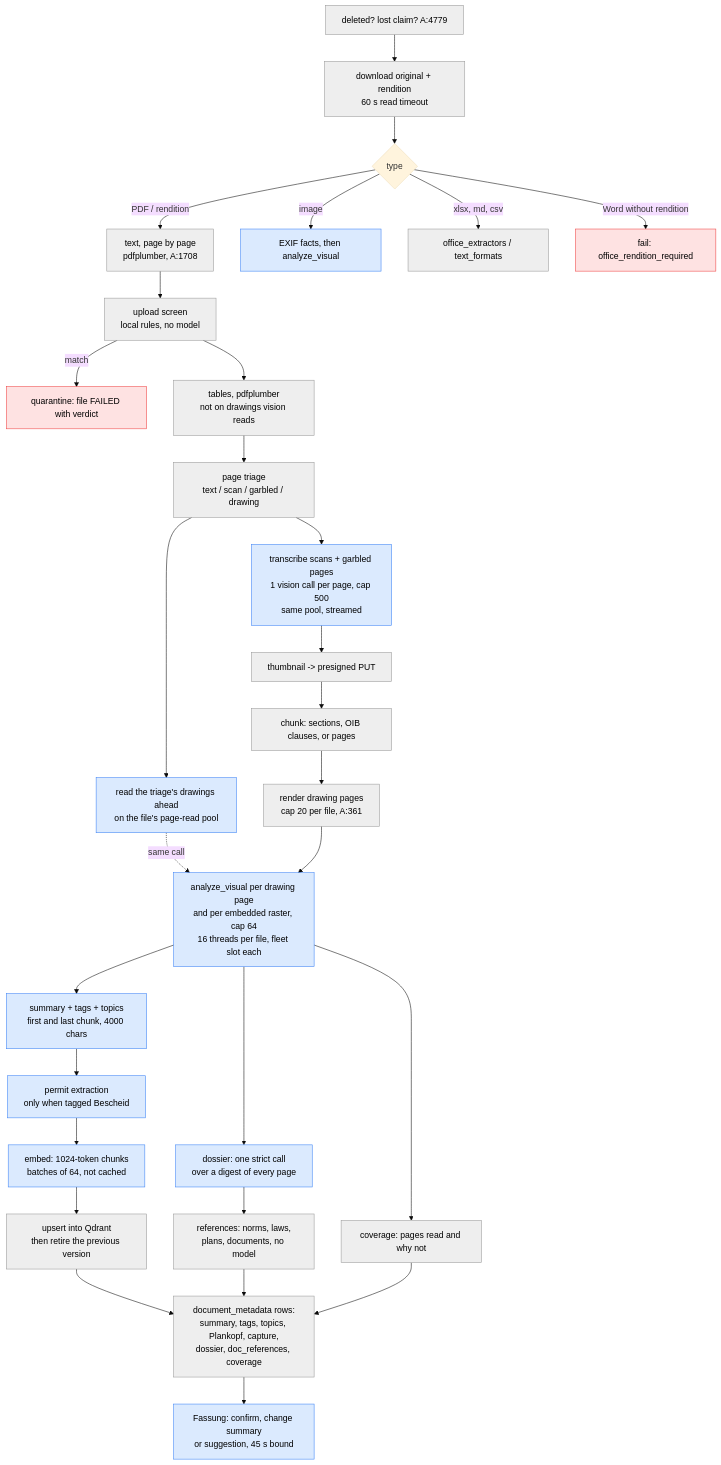
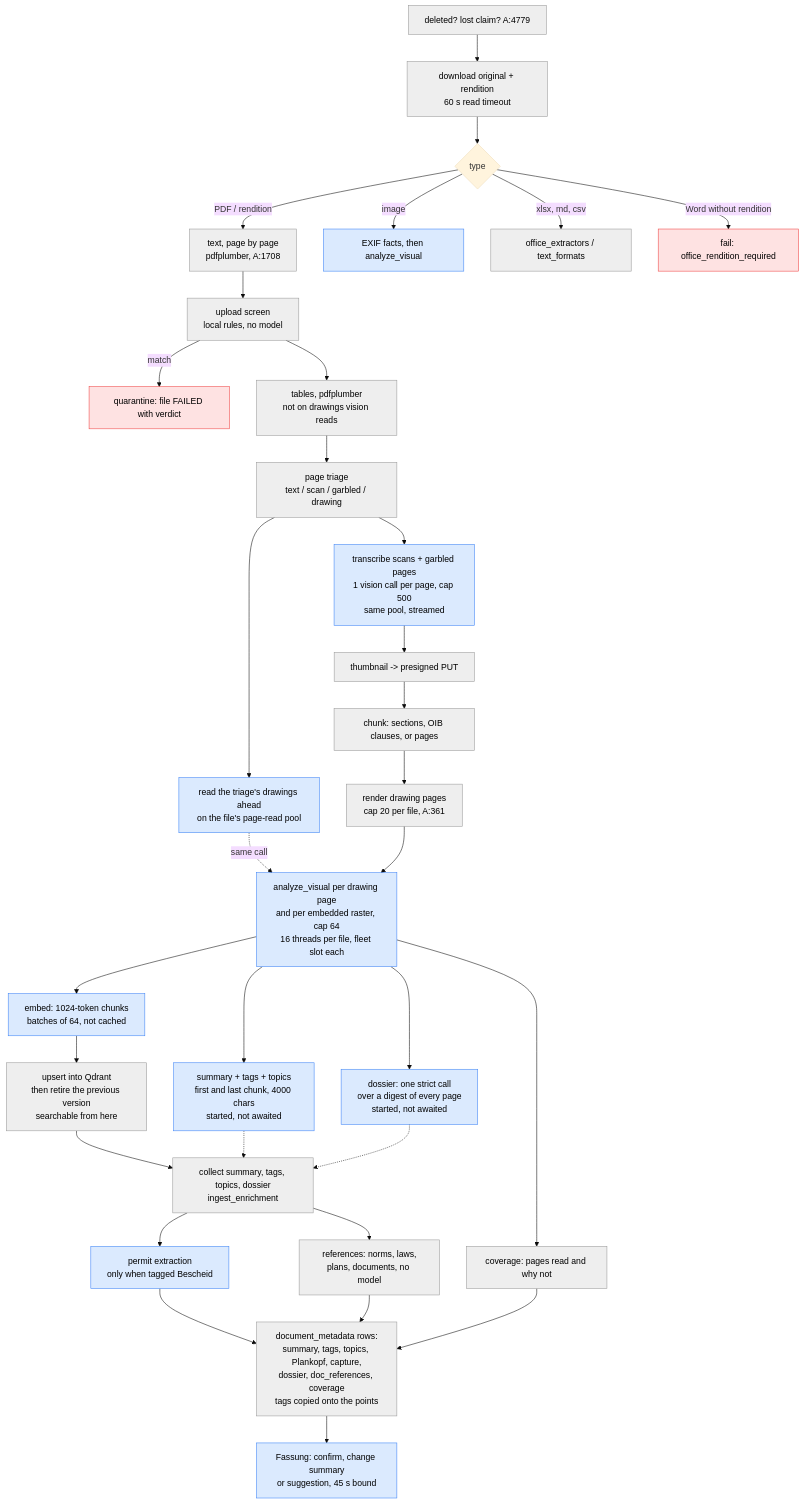
Before and after one commit to archos-at/archos: the third of 7 diagrams in docs/architecture/ingestion-pipeline.md, drawn with Mermaid (base theme). The commit also changed other lines of this file and 5 other files, not shown here.

First line of the commit message:
perf(ingest): write a file's chunks without waiting for its summary and dossier

````diff
--- a/docs/architecture/ingestion-pipeline.md
+++ b/docs/architecture/ingestion-pipeline.md
@@ -124,35 +124,38 @@
 ```mermaid
 flowchart TB
   classDef cpu fill:#eee,stroke:#999,color:#000
   classDef model fill:#dbeafe,stroke:#3b82f6,color:#000
   classDef stop fill:#fee2e2,stroke:#ef4444,color:#000
 
   G[deleted? lost claim? A:4779]:::cpu --> DL[download original + rendition<br/>60 s read timeout]:::cpu
   DL --> TY{type}
   TY -- PDF / rendition --> TX[text, page by page<br/>pdfplumber, A:1708]:::cpu
   TY -- image --> EX[EXIF facts, then analyze_visual]:::model
   TY -- xlsx, md, csv --> OX[office_extractors / text_formats]:::cpu
   TY -- Word without rendition --> F1[fail: office_rendition_required]:::stop
   TX --> SC[upload screen<br/>local rules, no model]:::cpu
   SC -- match --> QU[quarantine: file FAILED with verdict]:::stop
   SC --> TB[tables, pdfplumber<br/>not on drawings vision reads]:::cpu
   TB --> TR[page triage<br/>text / scan / garbled / drawing]:::cpu
   TR --> AH[read the triage's drawings ahead<br/>on the file's page-read pool]:::model
   TR --> OCR[transcribe scans + garbled pages<br/>1 vision call per page, cap 500<br/>same pool, streamed]:::model
   OCR --> TH[thumbnail -> presigned PUT]:::cpu
   TH --> CH[chunk: sections, OIB clauses, or pages]:::cpu
   CH --> RD[render drawing pages<br/>cap 20 per file, A:361]:::cpu
   AH -. same call .-> VI
   RD --> VI[analyze_visual per drawing page<br/>and per embedded raster, cap 64<br/>16 threads per file, fleet slot each]:::model
-  VI --> SUM[summary + tags + topics<br/>first and last chunk, 4000 chars]:::model
-  VI --> DS[dossier: one strict call<br/>over a digest of every page]:::model
+  VI --> SUM[summary + tags + topics<br/>first and last chunk, 4000 chars<br/>started, not awaited]:::model
+  VI --> DS[dossier: one strict call<br/>over a digest of every page<br/>started, not awaited]:::model
   VI --> CV[coverage: pages read and why not]:::cpu
-  SUM --> PM[permit extraction<br/>only when tagged Bescheid]:::model
-  DS --> RF[references: norms, laws,<br/>plans, documents, no model]:::cpu
-  PM --> EM[embed: 1024-token chunks<br/>batches of 64, not cached]:::model
-  EM --> WR[upsert into Qdrant<br/>then retire the previous version]:::cpu
-  WR --> MD[document_metadata rows:<br/>summary, tags, topics, Plankopf, capture,<br/>dossier, doc_references, coverage]:::cpu
+  VI --> EM[embed: 1024-token chunks<br/>batches of 64, not cached]:::model
+  EM --> WR[upsert into Qdrant<br/>then retire the previous version<br/>searchable from here]:::cpu
+  WR --> CO[collect summary, tags, topics, dossier<br/>ingest_enrichment]:::cpu
+  SUM -.-> CO
+  DS -.-> CO
+  CO --> PM[permit extraction<br/>only when tagged Bescheid]:::model
+  CO --> RF[references: norms, laws,<br/>plans, documents, no model]:::cpu
+  PM --> MD[document_metadata rows:<br/>summary, tags, topics, Plankopf, capture,<br/>dossier, doc_references, coverage<br/>tags copied onto the points]:::cpu
   RF --> MD
   CV --> MD
   MD --> FA[Fassung: confirm, change summary<br/>or suggestion, 45 s bound]:::model
 ```
````
